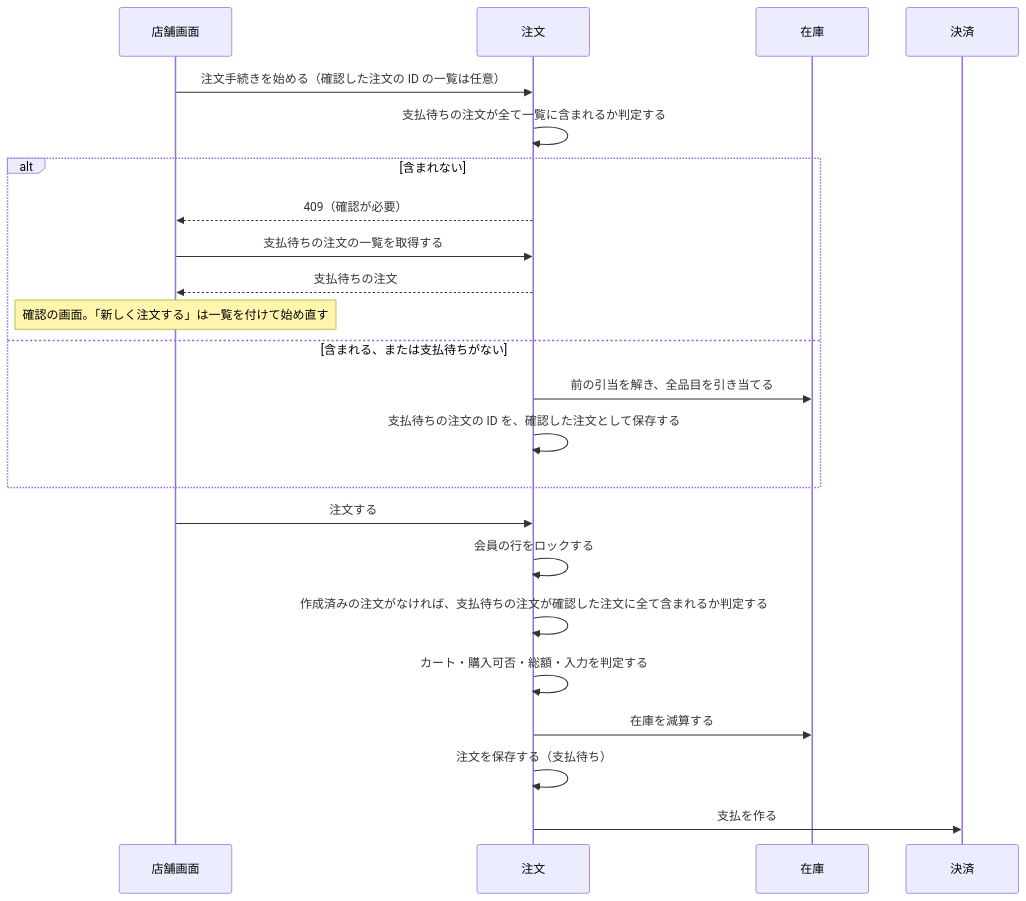
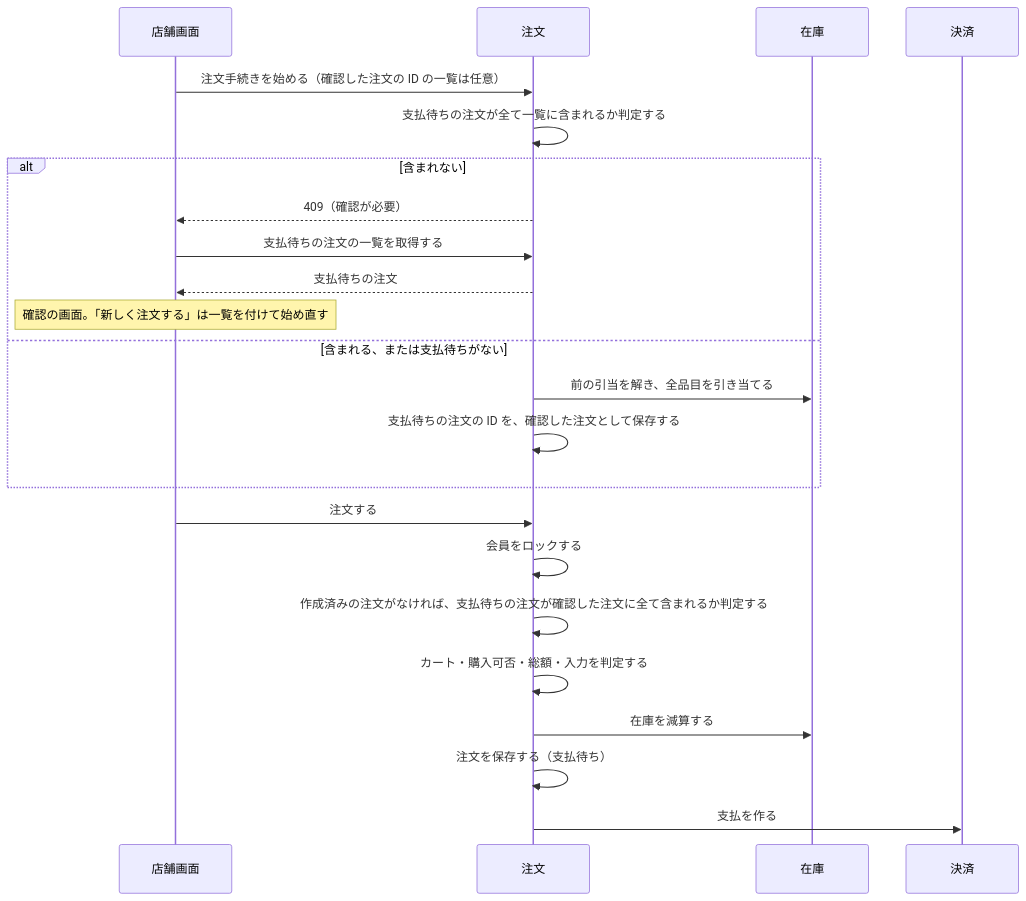
The first of 3 diagrams in docs/02-設計/order.md (roger88106/ec-site), drawn with Mermaid before and after one commit. The commit also changed other lines of this file and 4 other files, not shown here.

````diff
--- a/docs/02-設計/order.md
+++ b/docs/02-設計/order.md
@@ -35,25 +35,25 @@
 ```mermaid
 sequenceDiagram
     participant U as 店舗画面
     participant O as 注文
     participant I as 在庫
     participant P as 決済
     U->>O: 注文手続きを始める（確認した注文の ID の一覧は任意）
     O->>O: 支払待ちの注文が全て一覧に含まれるか判定する
     alt 含まれない
         O-->>U: 409（確認が必要）
         U->>O: 支払待ちの注文の一覧を取得する
         O-->>U: 支払待ちの注文
         Note over U: 確認の画面。「新しく注文する」は一覧を付けて始め直す
     else 含まれる、または支払待ちがない
         O->>I: 前の引当を解き、全品目を引き当てる
         O->>O: 支払待ちの注文の ID を、確認した注文として保存する
     end
     U->>O: 注文する
-    O->>O: 会員の行をロックする
+    O->>O: 会員をロックする
     O->>O: 作成済みの注文がなければ、支払待ちの注文が確認した注文に全て含まれるか判定する
     O->>O: カート・購入可否・総額・入力を判定する
     O->>I: 在庫を減算する
     O->>O: 注文を保存する（支払待ち）
     O->>P: 支払を作る
 ```
````
